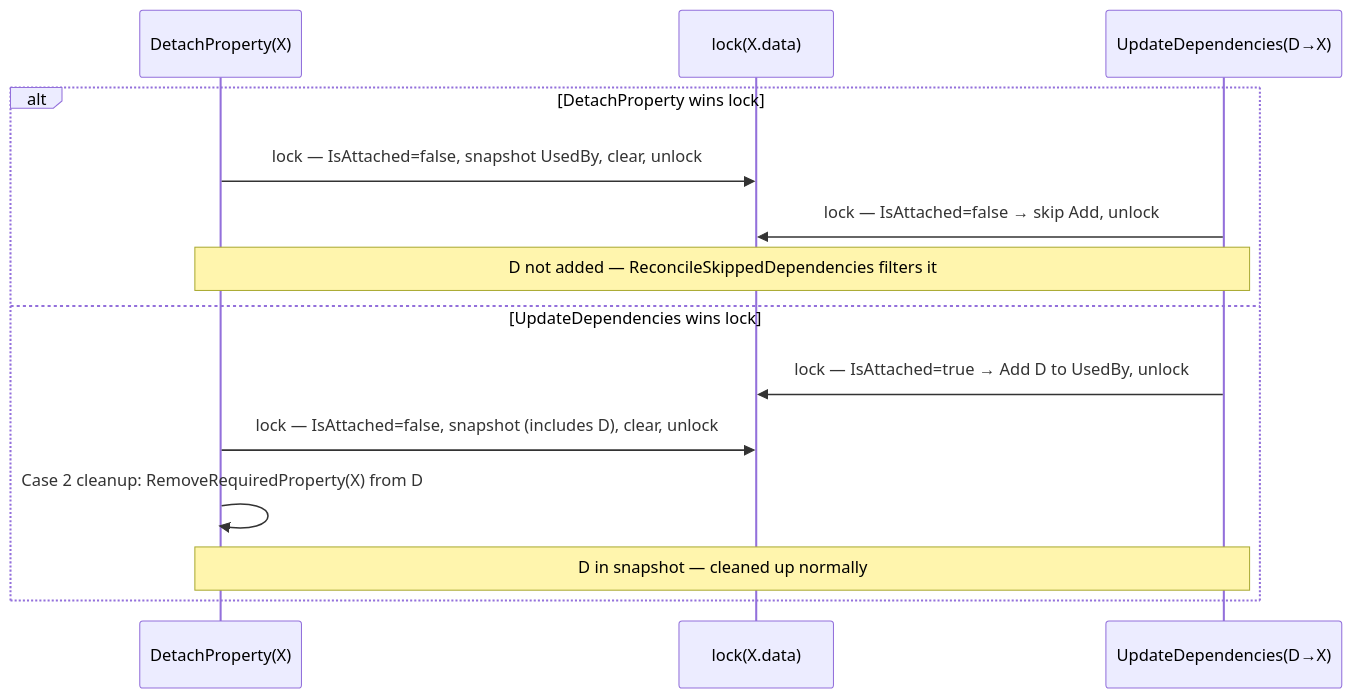
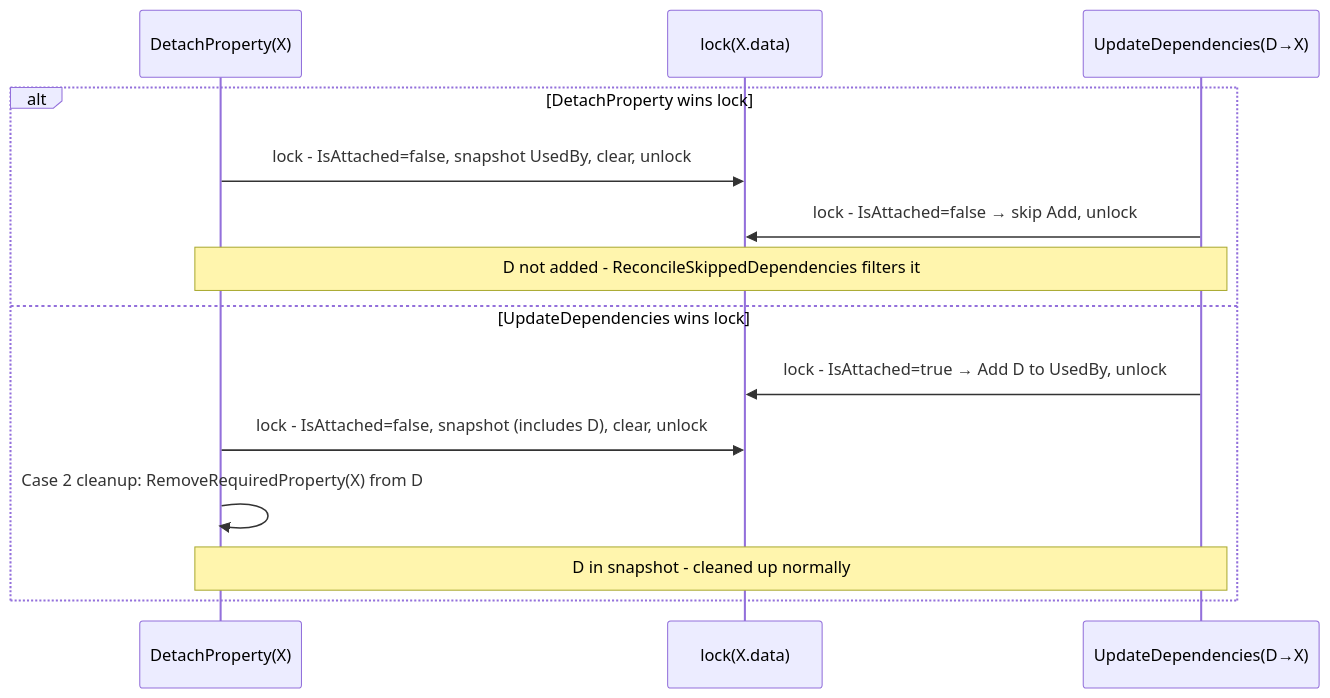
One commit to RicoSuter/Namotion.Interceptor changed the seventh of 7 diagrams in docs/design/tracking-derived-properties.md. Above: the diagram before and after it, drawn with Mermaid. The commit also changed other lines of this file and 5 other files, not shown here.

````diff
--- a/docs/design/tracking-derived-properties.md
+++ b/docs/design/tracking-derived-properties.md
@@ -569,17 +569,17 @@
 ```mermaid
 sequenceDiagram
     participant Det as DetachProperty(X)
     participant XD as lock(X.data)
     participant Upd as UpdateDependencies(D→X)
 
     alt DetachProperty wins lock
-        Det->>XD: lock — IsAttached=false, snapshot UsedBy, clear, unlock
-        Upd->>XD: lock — IsAttached=false → skip Add, unlock
-        Note over Det,Upd: D not added — ReconcileSkippedDependencies filters it
+        Det->>XD: lock - IsAttached=false, snapshot UsedBy, clear, unlock
+        Upd->>XD: lock - IsAttached=false → skip Add, unlock
+        Note over Det,Upd: D not added - ReconcileSkippedDependencies filters it
     else UpdateDependencies wins lock
-        Upd->>XD: lock — IsAttached=true → Add D to UsedBy, unlock
-        Det->>XD: lock — IsAttached=false, snapshot (includes D), clear, unlock
+        Upd->>XD: lock - IsAttached=true → Add D to UsedBy, unlock
+        Det->>XD: lock - IsAttached=false, snapshot (includes D), clear, unlock
         Det->>Det: Case 2 cleanup: RemoveRequiredProperty(X) from D
-        Note over Det,Upd: D in snapshot — cleaned up normally
+        Note over Det,Upd: D in snapshot - cleaned up normally
     end
 ```
````
